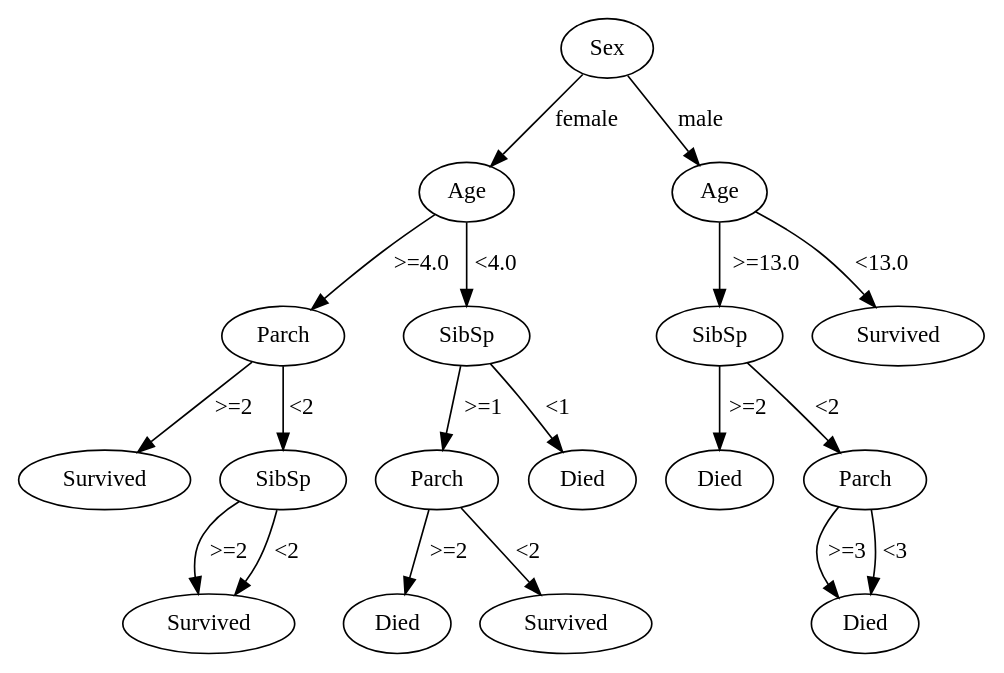
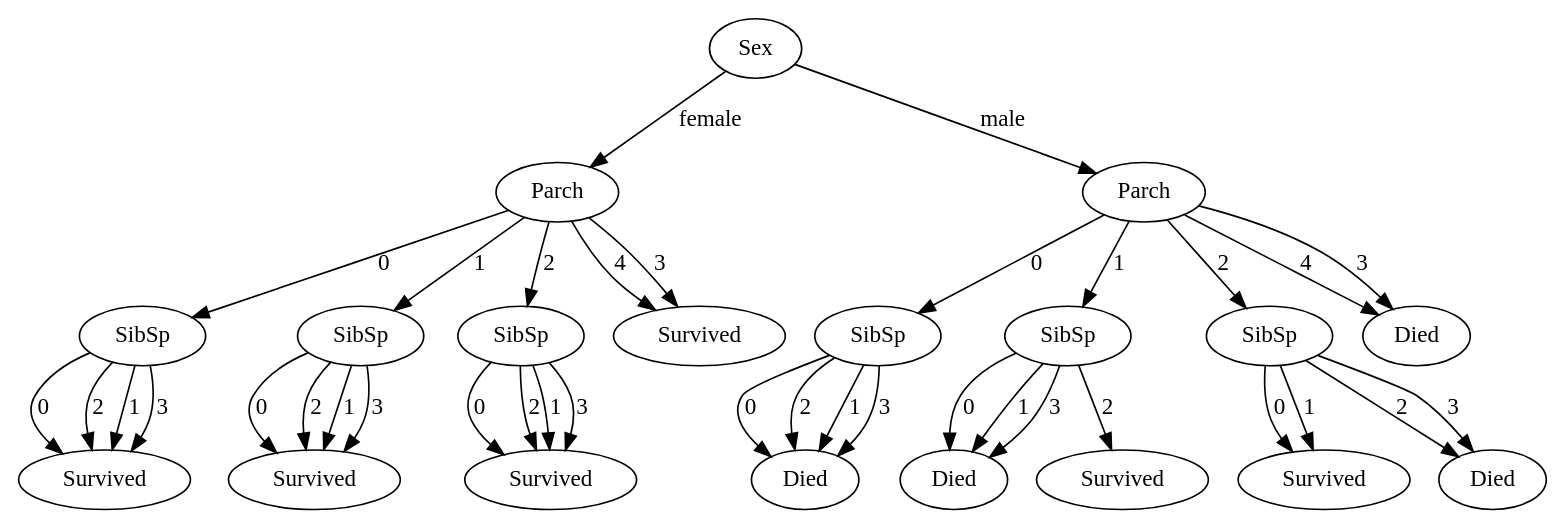
The diagram in test.gv (Jorgro/TDT4171-Methods-in-AI), drawn with Graphviz before and after one commit. The commit also changed 4 other files, not shown here.

```diff
--- a/test.gv
+++ b/test.gv
@@ -1,57 +1,111 @@
 // Network
 digraph {
 	Sex0 [label=Sex]
-	Age0 [label=Age]
-	Sex0 -> Age0 [label=female]
-	Age0 [label=Age]
 	Parch0 [label=Parch]
-	Age0 -> Parch0 [label=">=4.0"]
-	Parch0 [label=Parch]
-	12 [label=Survived]
-	Parch0 -> 12 [label=">=2"]
+	Sex0 -> Parch0 [label=female]
 	Parch0 [label=Parch]
 	SibSp0 [label=SibSp]
-	Parch0 -> SibSp0 [label="<2"]
+	Parch0 -> SibSp0 [label=0]
 	SibSp0 [label=SibSp]
-	13 [label=Survived]
-	SibSp0 -> 13 [label=">=2"]
+	12 [label=Survived]
+	SibSp0 -> 12 [label=0]
 	SibSp0 [label=SibSp]
-	13 [label=Survived]
-	SibSp0 -> 13 [label="<2"]
-	Age0 [label=Age]
+	12 [label=Survived]
+	SibSp0 -> 12 [label=2]
+	SibSp0 [label=SibSp]
+	12 [label=Survived]
+	SibSp0 -> 12 [label=1]
+	SibSp0 [label=SibSp]
+	12 [label=Survived]
+	SibSp0 -> 12 [label=3]
+	Parch0 [label=Parch]
 	SibSp1 [label=SibSp]
-	Age0 -> SibSp1 [label="<4.0"]
+	Parch0 -> SibSp1 [label=1]
 	SibSp1 [label=SibSp]
+	14 [label=Survived]
+	SibSp1 -> 14 [label=0]
+	SibSp1 [label=SibSp]
+	14 [label=Survived]
+	SibSp1 -> 14 [label=2]
+	SibSp1 [label=SibSp]
+	14 [label=Survived]
+	SibSp1 -> 14 [label=1]
+	SibSp1 [label=SibSp]
+	14 [label=Survived]
+	SibSp1 -> 14 [label=3]
+	Parch0 [label=Parch]
+	SibSp2 [label=SibSp]
+	Parch0 -> SibSp2 [label=2]
+	SibSp2 [label=SibSp]
+	16 [label=Survived]
+	SibSp2 -> 16 [label=0]
+	SibSp2 [label=SibSp]
+	16 [label=Survived]
+	SibSp2 -> 16 [label=2]
+	SibSp2 [label=SibSp]
+	16 [label=Survived]
+	SibSp2 -> 16 [label=1]
+	SibSp2 [label=SibSp]
+	16 [label=Survived]
+	SibSp2 -> 16 [label=3]
+	Parch0 [label=Parch]
+	17 [label=Survived]
+	Parch0 -> 17 [label=4]
+	Parch0 [label=Parch]
+	17 [label=Survived]
+	Parch0 -> 17 [label=3]
+	Sex0 [label=Sex]
 	Parch1 [label=Parch]
-	SibSp1 -> Parch1 [label=">=1"]
+	Sex0 -> Parch1 [label=male]
 	Parch1 [label=Parch]
-	07 [label=Died]
-	Parch1 -> 07 [label=">=2"]
+	SibSp3 [label=SibSp]
+	Parch1 -> SibSp3 [label=0]
+	SibSp3 [label=SibSp]
+	010 [label=Died]
+	SibSp3 -> 010 [label=0]
+	SibSp3 [label=SibSp]
+	010 [label=Died]
+	SibSp3 -> 010 [label=2]
+	SibSp3 [label=SibSp]
+	010 [label=Died]
+	SibSp3 -> 010 [label=1]
+	SibSp3 [label=SibSp]
+	010 [label=Died]
+	SibSp3 -> 010 [label=3]
 	Parch1 [label=Parch]
-	17 [label=Survived]
-	Parch1 -> 17 [label="<2"]
-	SibSp1 [label=SibSp]
-	08 [label=Died]
-	SibSp1 -> 08 [label="<1"]
-	Sex0 [label=Sex]
-	Age1 [label=Age]
-	Sex0 -> Age1 [label=male]
-	Age1 [label=Age]
-	SibSp2 [label=SibSp]
-	Age1 -> SibSp2 [label=">=13.0"]
-	SibSp2 [label=SibSp]
+	SibSp4 [label=SibSp]
+	Parch1 -> SibSp4 [label=1]
+	SibSp4 [label=SibSp]
 	012 [label=Died]
-	SibSp2 -> 012 [label=">=2"]
-	SibSp2 [label=SibSp]
-	Parch2 [label=Parch]
-	SibSp2 -> Parch2 [label="<2"]
-	Parch2 [label=Parch]
-	013 [label=Died]
-	Parch2 -> 013 [label=">=3"]
-	Parch2 [label=Parch]
-	013 [label=Died]
-	Parch2 -> 013 [label="<3"]
-	Age1 [label=Age]
-	115 [label=Survived]
-	Age1 -> 115 [label="<13.0"]
+	SibSp4 -> 012 [label=0]
+	SibSp4 [label=SibSp]
+	112 [label=Survived]
+	SibSp4 -> 112 [label=2]
+	SibSp4 [label=SibSp]
+	012 [label=Died]
+	SibSp4 -> 012 [label=1]
+	SibSp4 [label=SibSp]
+	012 [label=Died]
+	SibSp4 -> 012 [label=3]
+	Parch1 [label=Parch]
+	SibSp5 [label=SibSp]
+	Parch1 -> SibSp5 [label=2]
+	SibSp5 [label=SibSp]
+	114 [label=Survived]
+	SibSp5 -> 114 [label=0]
+	SibSp5 [label=SibSp]
+	014 [label=Died]
+	SibSp5 -> 014 [label=2]
+	SibSp5 [label=SibSp]
+	114 [label=Survived]
+	SibSp5 -> 114 [label=1]
+	SibSp5 [label=SibSp]
+	014 [label=Died]
+	SibSp5 -> 014 [label=3]
+	Parch1 [label=Parch]
+	015 [label=Died]
+	Parch1 -> 015 [label=4]
+	Parch1 [label=Parch]
+	015 [label=Died]
+	Parch1 -> 015 [label=3]
 }
```
